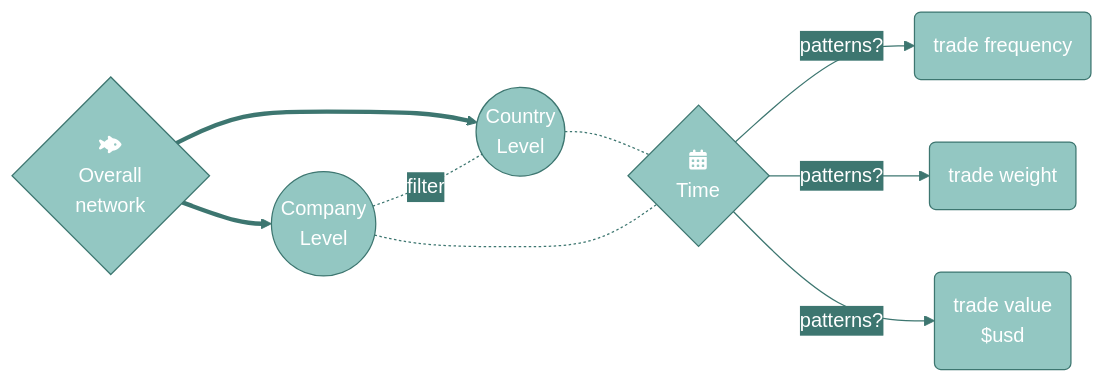
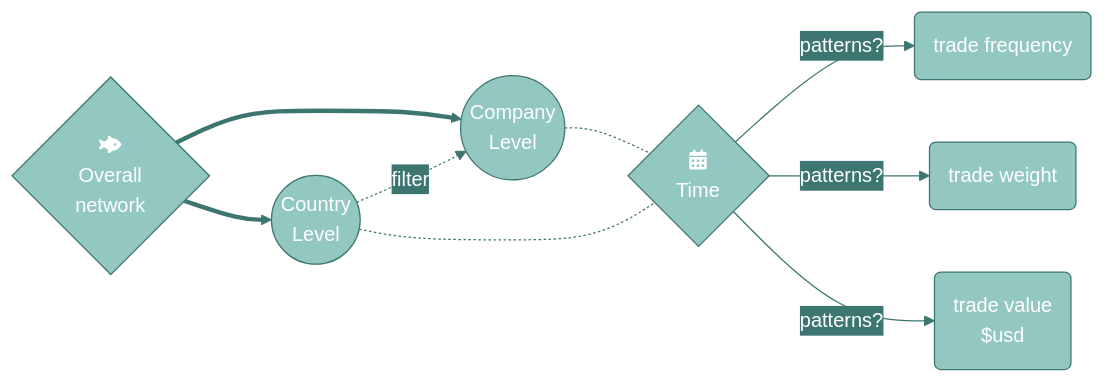
The third of 3 diagrams in Take-home_Ex/Take-home_Ex02/Take-home_Ex02.qmd (haileycsy/ISSS608-VAA), drawn with Mermaid before and after one commit. The commit also changed other lines of this file and 60 other files, not shown here.

````diff
--- a/Take-home_Ex/Take-home_Ex02/Take-home_Ex02.qmd
+++ b/Take-home_Ex/Take-home_Ex02/Take-home_Ex02.qmd
@@ -1021,24 +1041,25 @@
 ```{mermaid}
 %%| fig-width: 7
 %%{
   init: {
     'theme': 'base',
     'themeVariables': {
       'primaryColor': '#93c7c2',
       'primaryTextColor': '#fff',
       'primaryBorderColor': '#3d7670',
       'lineColor': '#3d7670',
       'secondaryColor': '#3d7670',
       'tertiaryColor': '#fff'
     }
   }
 }%%
 
 flowchart LR
     A{fa:fa-fish-fins \nOverall\nnetwork} ==> B((Country\nLevel))
-    A ==> C((Company\nLevel)) -.-|filter| B
+    A ==> C((Company\nLevel))
+    B -.->|filter| C
     C -.- D{fa:fa-calendar-days \nTime} -->|patterns?| E(trade frequency)
     B -.- D -->|patterns?| F(trade weight)
     D -->|patterns?| G(trade value\n$usd)
 
 ```
````
